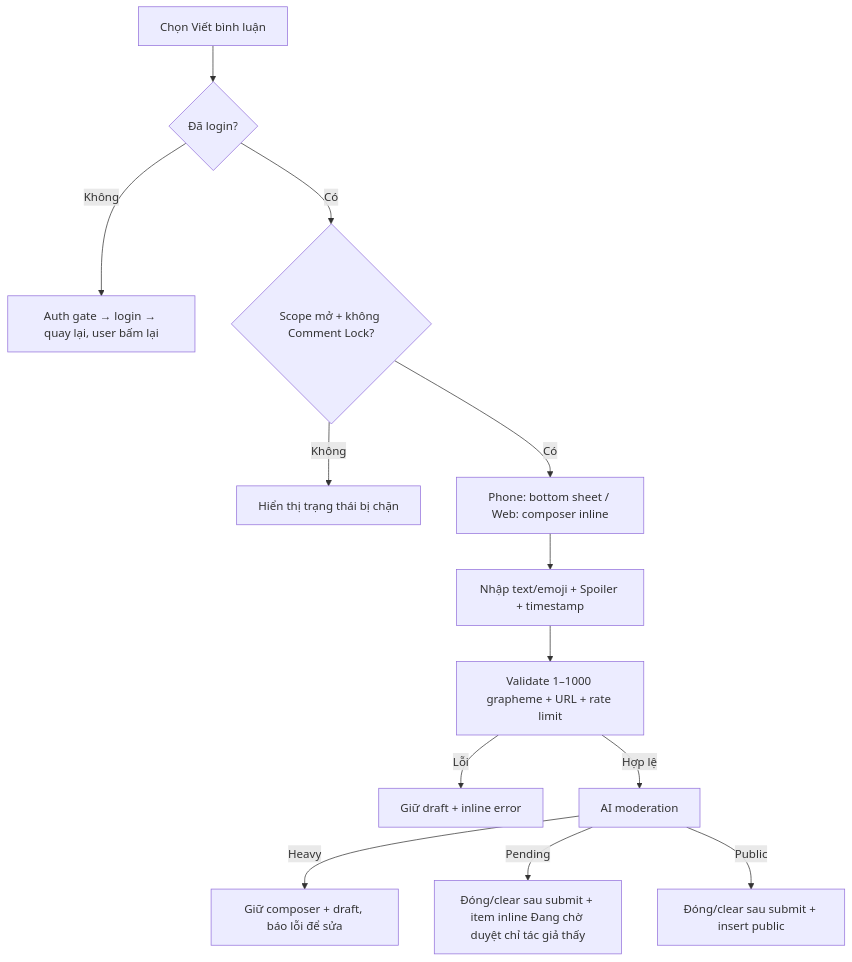
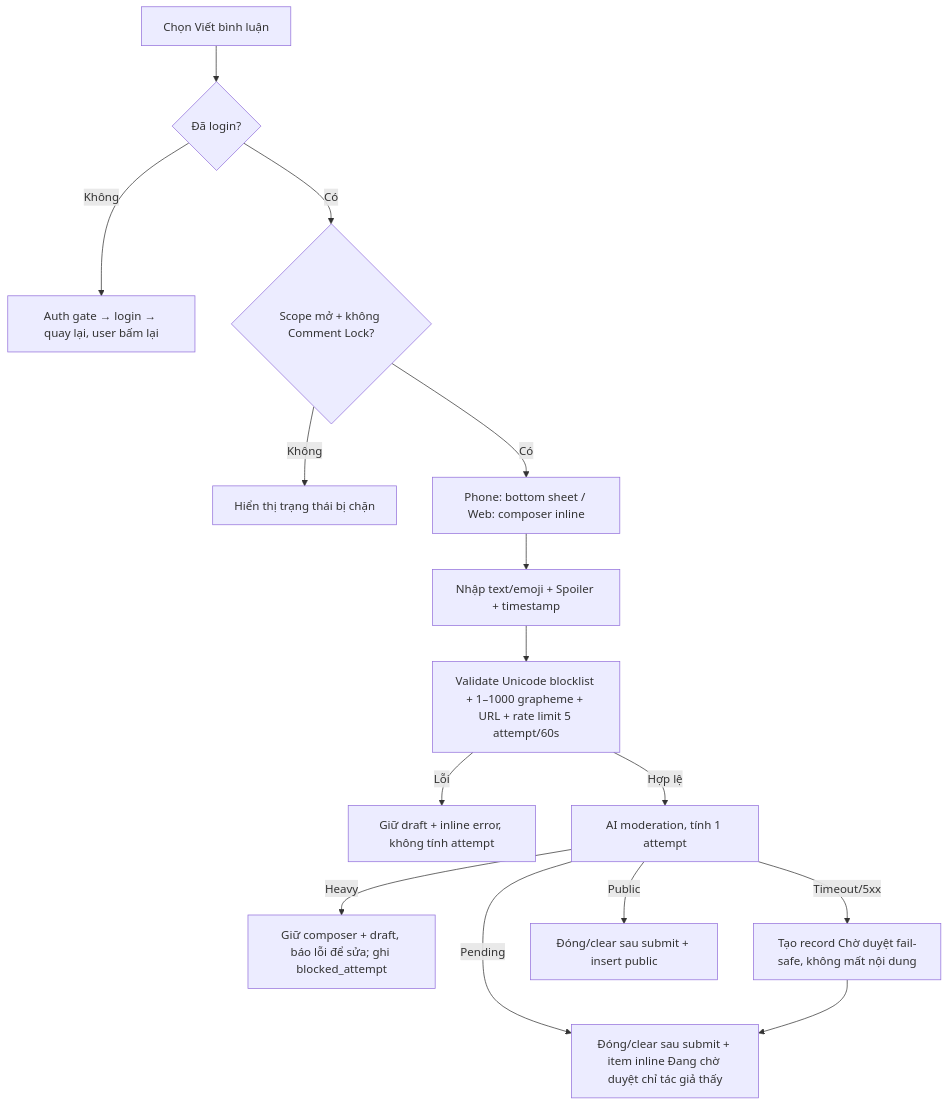
One commit to TanUIUX/MyTV-Comment changed the diagram in EP01_TRAI_NGHIEM_BINH_LUAN_VA_DANH_GIA/US04_USER_FLOW.md. Above: the diagram before and after it, drawn with Mermaid. The commit also changed other lines of this file and 23 other files, not shown here.

````diff
--- a/EP01_TRAI_NGHIEM_BINH_LUAN_VA_DANH_GIA/US04_USER_FLOW.md
+++ b/EP01_TRAI_NGHIEM_BINH_LUAN_VA_DANH_GIA/US04_USER_FLOW.md
@@ -9,15 +9,17 @@
 ```mermaid
 flowchart TD
  A[Chọn Viết bình luận] --> B{Đã login?}
  B -->|Không| C[Auth gate → login → quay lại, user bấm lại]
  B -->|Có| D{Scope mở + không Comment Lock?}
  D -->|Không| E[Hiển thị trạng thái bị chặn]
  D -->|Có| F[Phone: bottom sheet / Web: composer inline]
  F --> G[Nhập text/emoji + Spoiler + timestamp]
- G --> H[Validate 1–1000 grapheme + URL + rate limit]
- H -->|Lỗi| I[Giữ draft + inline error]
- H -->|Hợp lệ| J[AI moderation]
- J -->|Heavy| K[Giữ composer + draft, báo lỗi để sửa]
+ G --> H[Validate Unicode blocklist + 1–1000 grapheme + URL + rate limit 5 attempt/60s]
+ H -->|Lỗi| I[Giữ draft + inline error, không tính attempt]
+ H -->|Hợp lệ| J[AI moderation, tính 1 attempt]
+ J -->|Heavy| K[Giữ composer + draft, báo lỗi để sửa; ghi blocked_attempt]
+ J -->|Timeout/5xx| L2[Tạo record Chờ duyệt fail-safe, không mất nội dung]
  J -->|Pending| L[Đóng/clear sau submit + item inline Đang chờ duyệt chỉ tác giả thấy]
  J -->|Public| M[Đóng/clear sau submit + insert public]
+ L2 --> L
 ```
````
